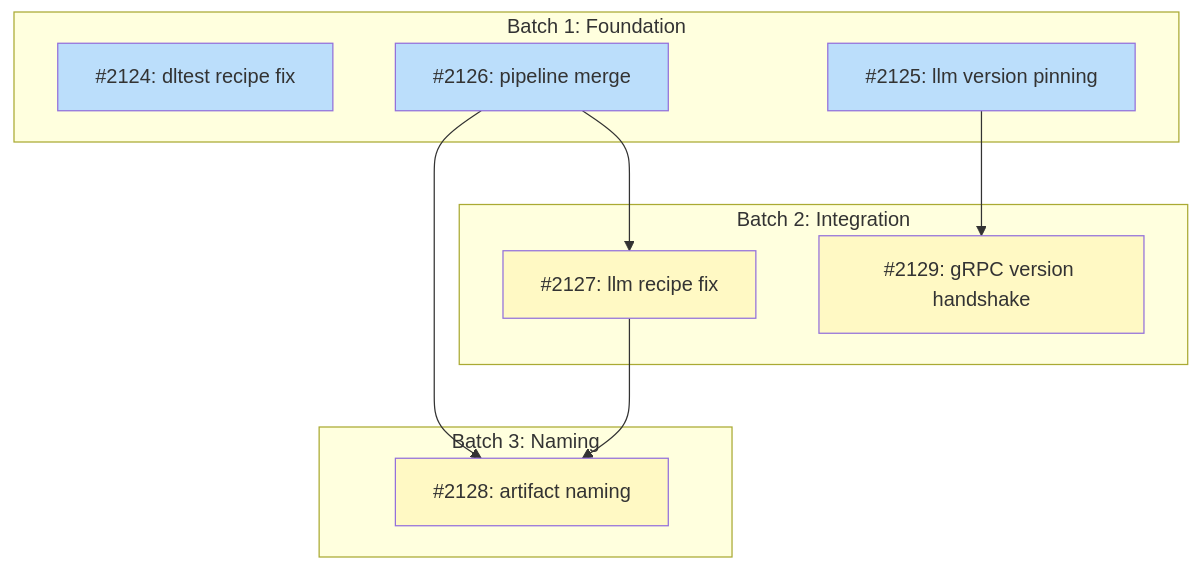
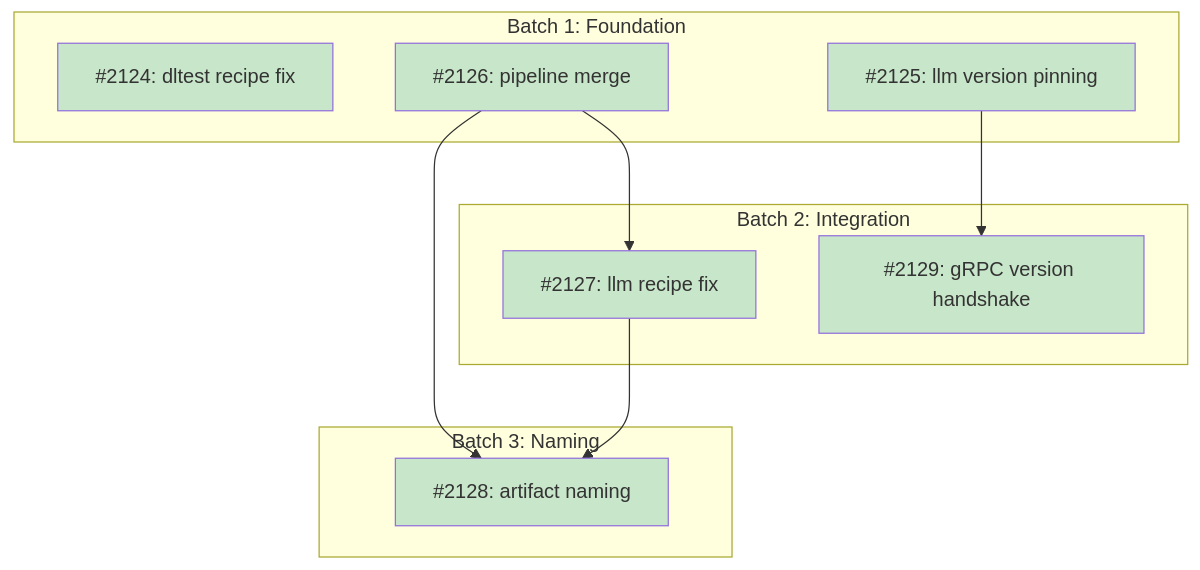
The diagram in docs/plans/PLAN-unified-release-versioning.md (tsukumogami/tsuku), drawn with Mermaid before and after one commit. The commit also changed other lines of this file, not shown here.

First line of the commit message:
chore(docs): mark PLAN-unified-release-versioning as Done

````diff
--- a/docs/plans/PLAN-unified-release-versioning.md
+++ b/docs/plans/PLAN-unified-release-versioning.md
@@ -49,35 +49,34 @@
 ```mermaid
 graph TD
     subgraph Batch1["Batch 1: Foundation"]
         I2124["#2124: dltest recipe fix"]
         I2125["#2125: llm version pinning"]
         I2126["#2126: pipeline merge"]
     end
 
     subgraph Batch2["Batch 2: Integration"]
         I2127["#2127: llm recipe fix"]
         I2129["#2129: gRPC version handshake"]
     end
 
     subgraph Batch3["Batch 3: Naming"]
         I2128["#2128: artifact naming"]
     end
 
     I2126 --> I2127
     I2125 --> I2129
     I2126 --> I2128
     I2127 --> I2128
 
     classDef done fill:#c8e6c9
     classDef ready fill:#bbdefb
     classDef blocked fill:#fff9c4
     classDef needsDesign fill:#e1bee7
     classDef needsPrd fill:#b3e5fc
     classDef needsSpike fill:#ffcdd2
     classDef needsDecision fill:#d1c4e9
     classDef tracksDesign fill:#FFE0B2,stroke:#F57C00,color:#000
     classDef tracksPlan fill:#FFE0B2,stroke:#F57C00,color:#000
 
-    class I2124,I2125,I2126 ready
-    class I2127,I2128,I2129 blocked
+    class I2124,I2125,I2126,I2127,I2128,I2129 done
 ```
````
